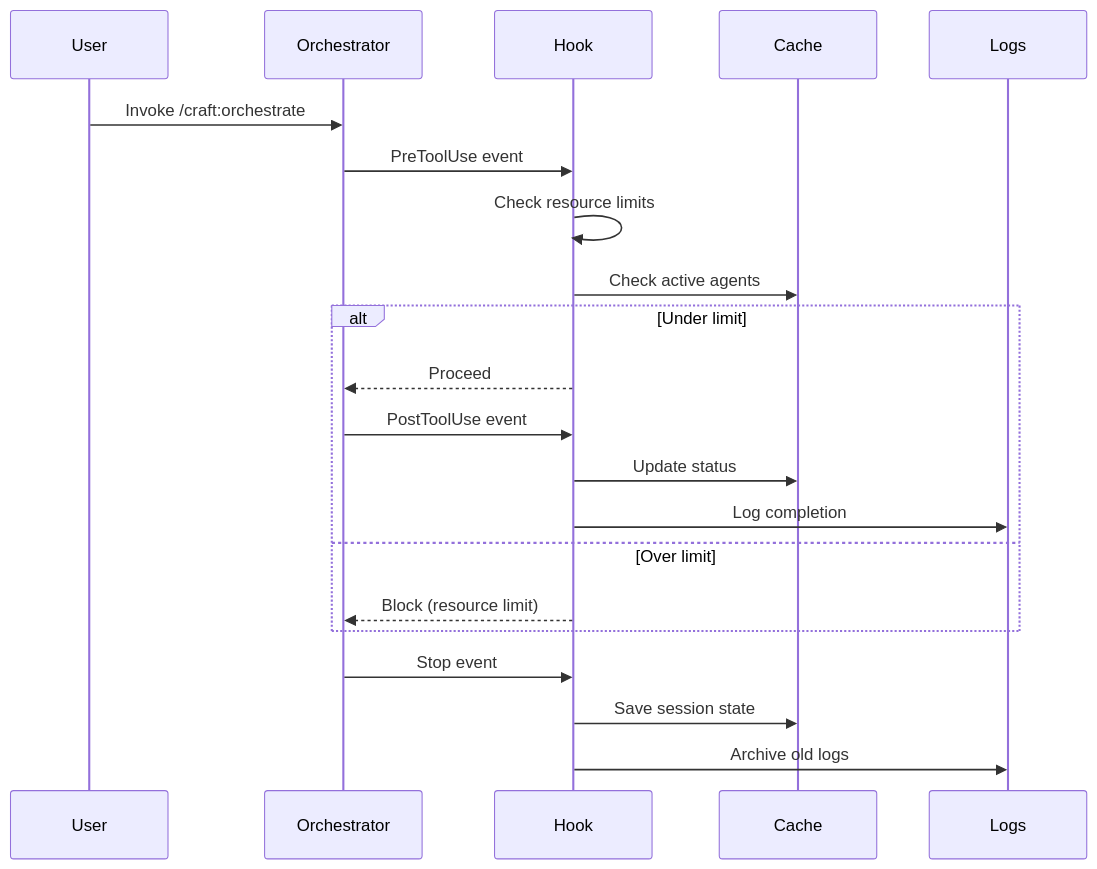
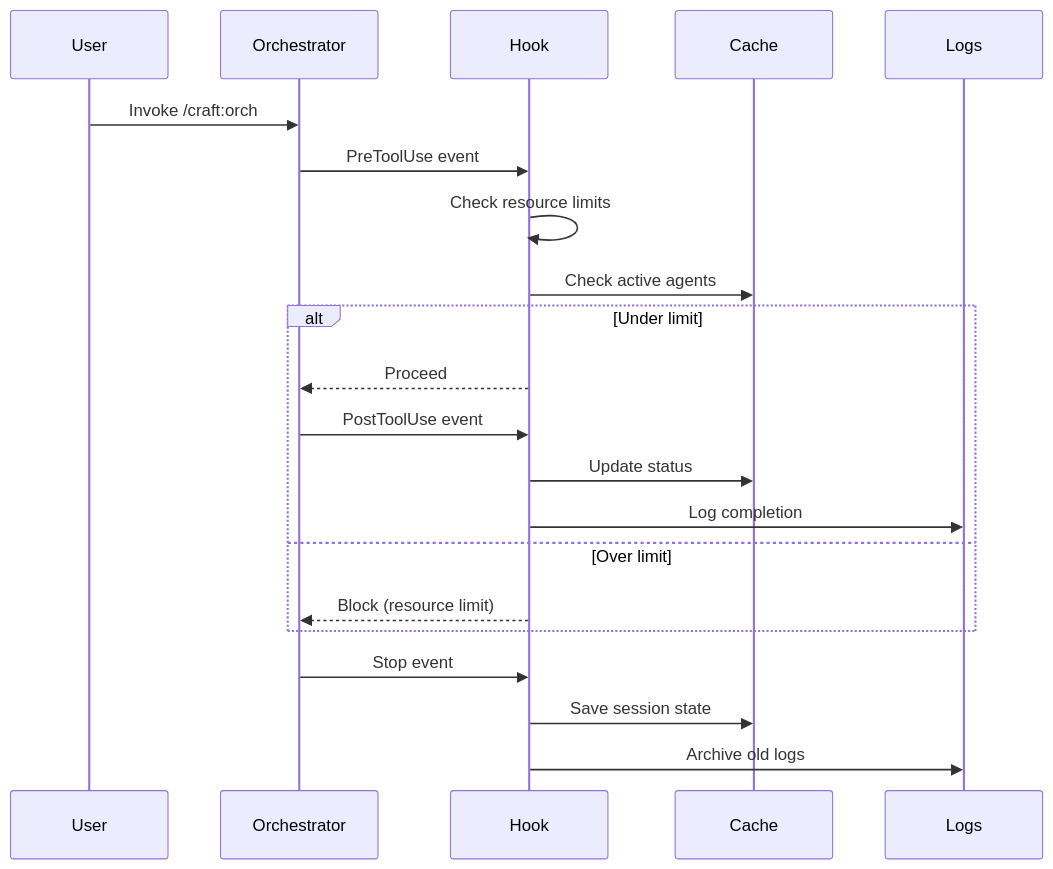
One commit to Data-Wise/craft changed the fourth of 10 diagrams in docs/ARCHITECTURE-CLAUDE-CODE-2.1.md. Above: the diagram before and after it, drawn with Mermaid. The commit also changed 98 other files, not shown here.

````diff
--- a/docs/ARCHITECTURE-CLAUDE-CODE-2.1.md
+++ b/docs/ARCHITECTURE-CLAUDE-CODE-2.1.md
@@ -171,24 +171,24 @@
 ```mermaid
 sequenceDiagram
     participant User
     participant Orchestrator
     participant Hook
     participant Cache
     participant Logs
 
-    User->>Orchestrator: Invoke /craft:orchestrate
+    User->>Orchestrator: Invoke /craft:orch
     Orchestrator->>Hook: PreToolUse event
     Hook->>Hook: Check resource limits
     Hook->>Cache: Check active agents
     alt Under limit
         Hook-->>Orchestrator: Proceed
         Orchestrator->>Hook: PostToolUse event
         Hook->>Cache: Update status
         Hook->>Logs: Log completion
     else Over limit
         Hook-->>Orchestrator: Block (resource limit)
     end
     Orchestrator->>Hook: Stop event
     Hook->>Cache: Save session state
     Hook->>Logs: Archive old logs
 ```
````
